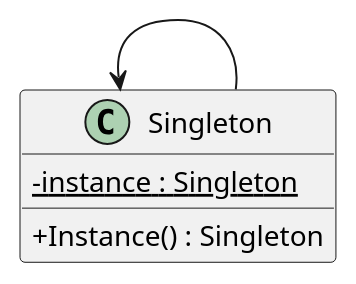
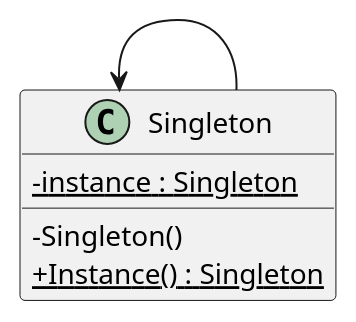
Before and after one commit to recepkaraca/DesignPatternsCourse: the diagram in UML_Class_diagram/singleton/SingletonNotThreadSafe.plantuml, drawn with PlantUML. The commit also changed 13 other files, not shown here.

Commit message:
Change singleton uml

```diff
--- a/UML_Class_diagram/singleton/SingletonNotThreadSafe.plantuml
+++ b/UML_Class_diagram/singleton/SingletonNotThreadSafe.plantuml
@@ -1,14 +1,15 @@
 @startuml scenario_uml
 skinparam classAttributeIconSize 0
 left to right direction
 
 class Singleton{
     {static} -instance : Singleton
-    +Instance() : Singleton
+    -Singleton()
+    {static}+Instance() : Singleton
 }
 
 
 Singleton <-- Singleton
 
 
 @enduml
```
